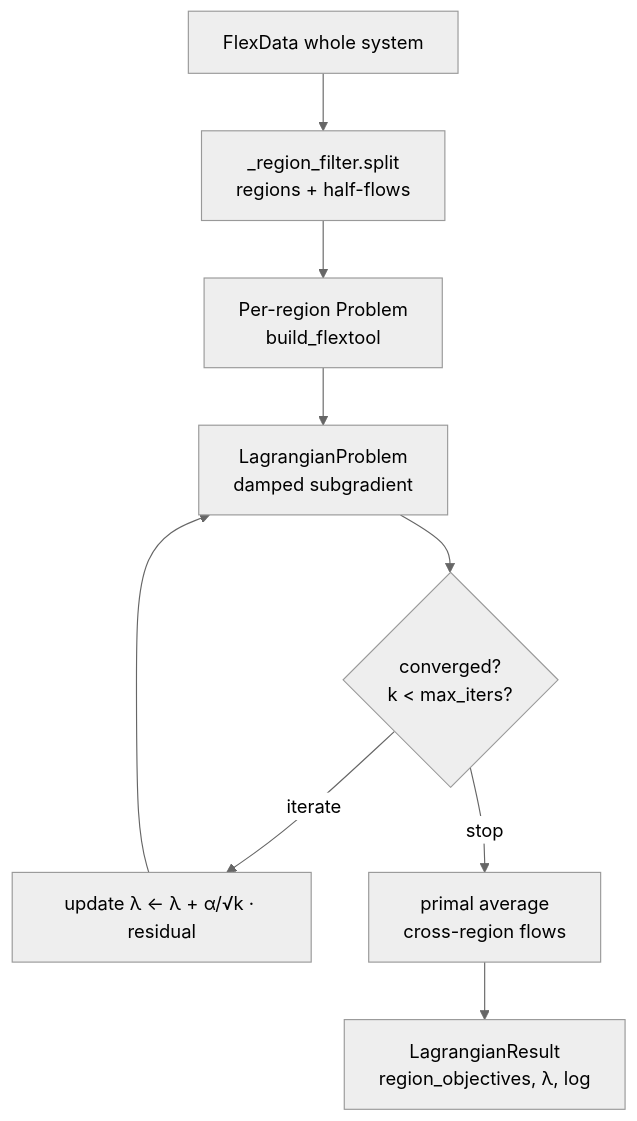
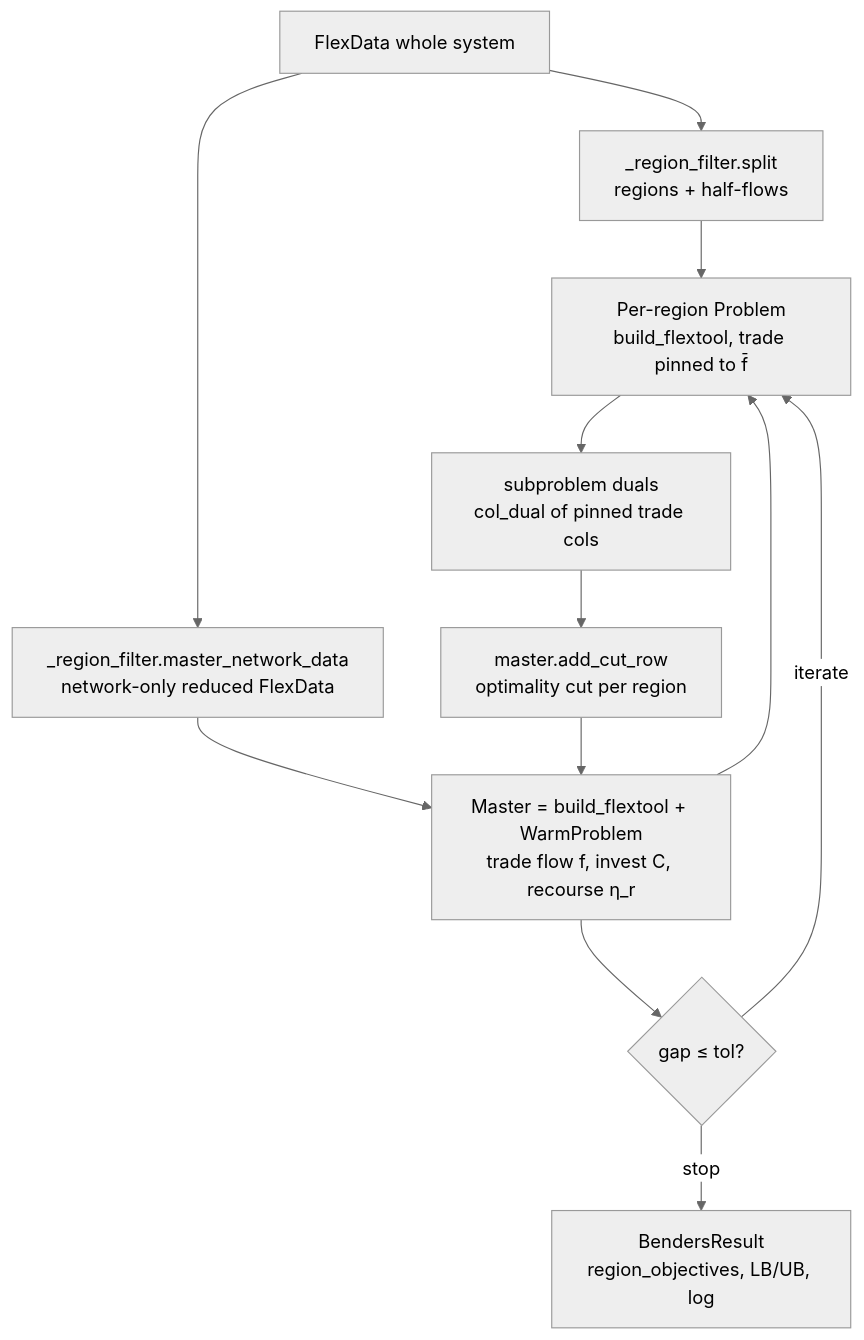
The first of 2 diagrams in docs/dev/decomposition.md (irena-flextool/flextool), drawn with Mermaid (neutral theme) before and after one commit. The commit also changed other lines of this file and 13 other files, not shown here.

First line of the commit message:
docs: describe regional decomposition as Benders, not Lagrangian

````diff
--- a/docs/dev/decomposition.md
+++ b/docs/dev/decomposition.md
@@ -71,11 +84,14 @@
 ```mermaid
 flowchart TD
     A[FlexData whole system] --> B[_region_filter.split<br/>regions + half-flows]
-    B --> C[Per-region Problem<br/>build_flextool]
-    C --> D[LagrangianProblem<br/>damped subgradient]
-    D --> E{converged?<br/>k &lt; max_iters?}
-    E -- iterate --> F[update λ ← λ + α/√k · residual]
-    F --> D
-    E -- stop --> G[primal average<br/>cross-region flows]
-    G --> H[LagrangianResult<br/>region_objectives, λ, log]
+    A --> M0[_region_filter.master_network_data<br/>network-only reduced FlexData]
+    M0 --> M[Master = build_flextool + WarmProblem<br/>trade flow f, invest C, recourse η_r]
+    B --> C[Per-region Problem<br/>build_flextool, trade pinned to f̄]
+    M --> C
+    C --> D[subproblem duals<br/>col_dual of pinned trade cols]
+    D --> E[master.add_cut_row<br/>optimality cut per region]
+    E --> M
+    M --> F{gap ≤ tol?}
+    F -- iterate --> C
+    F -- stop --> G[BendersResult<br/>region_objectives, LB/UB, log]
 ```
````
